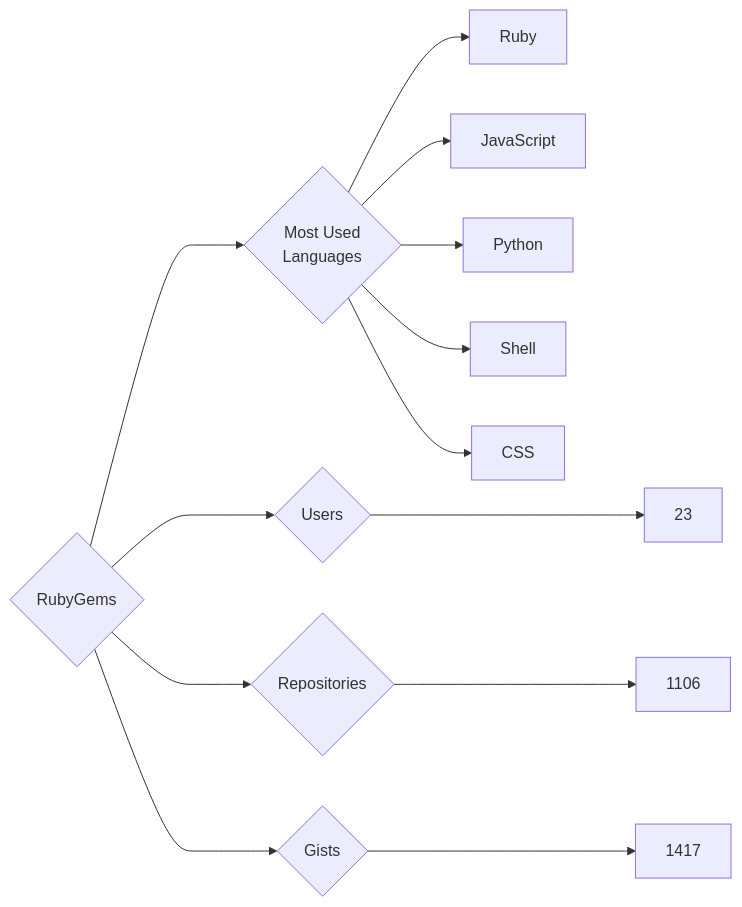
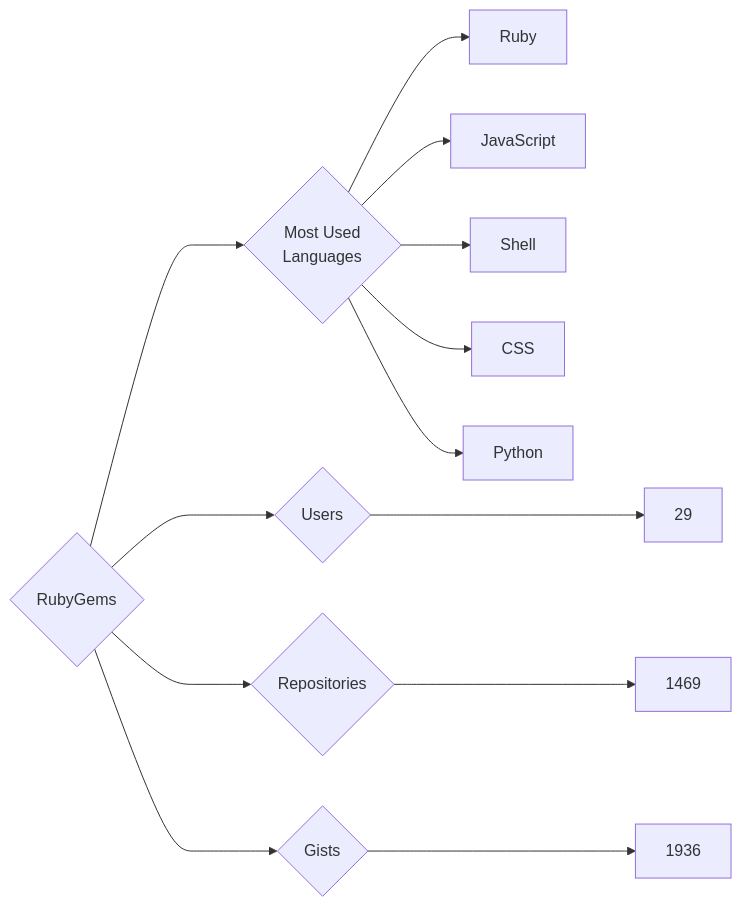
Before and after one commit to trickest/insiders: the diagram in targets/RubyGems/README.md, drawn with Mermaid. The commit also changed 903 other files, not shown here.

````diff
--- a/targets/RubyGems/README.md
+++ b/targets/RubyGems/README.md
@@ -3,13 +3,13 @@
 ```mermaid
 graph LR
 COMPANY_NAME{RubyGems}
-COMPANY_NAME ---> U{Users} ---> UN[23]
-COMPANY_NAME ---> R{Repositories} ---> RN[1106]
-COMPANY_NAME ---> G{Gists} ---> GN[1417]
+COMPANY_NAME ---> U{Users} ---> UN[29]
+COMPANY_NAME ---> R{Repositories} ---> RN[1469]
+COMPANY_NAME ---> G{Gists} ---> GN[1936]
 COMPANY_NAME ---> ML{Most Used<br>Languages}
 ML --> Ruby[Ruby]
 ML --> JavaScript[JavaScript]
-ML --> Python[Python]
 ML --> Shell[Shell]
 ML --> CSS[CSS]
+ML --> Python[Python]
 ```
````
